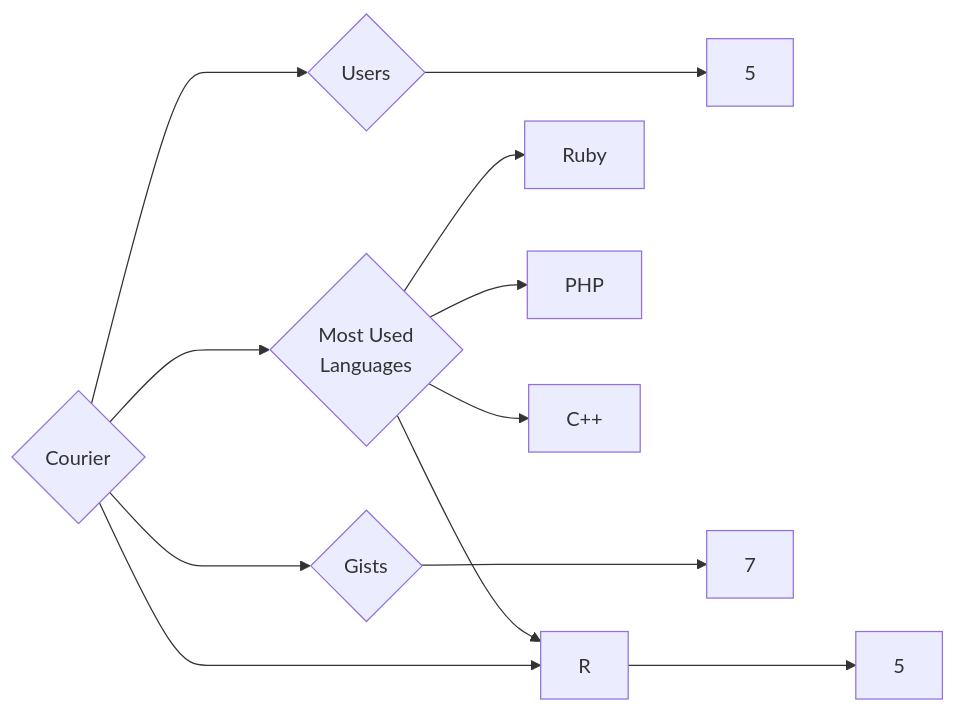
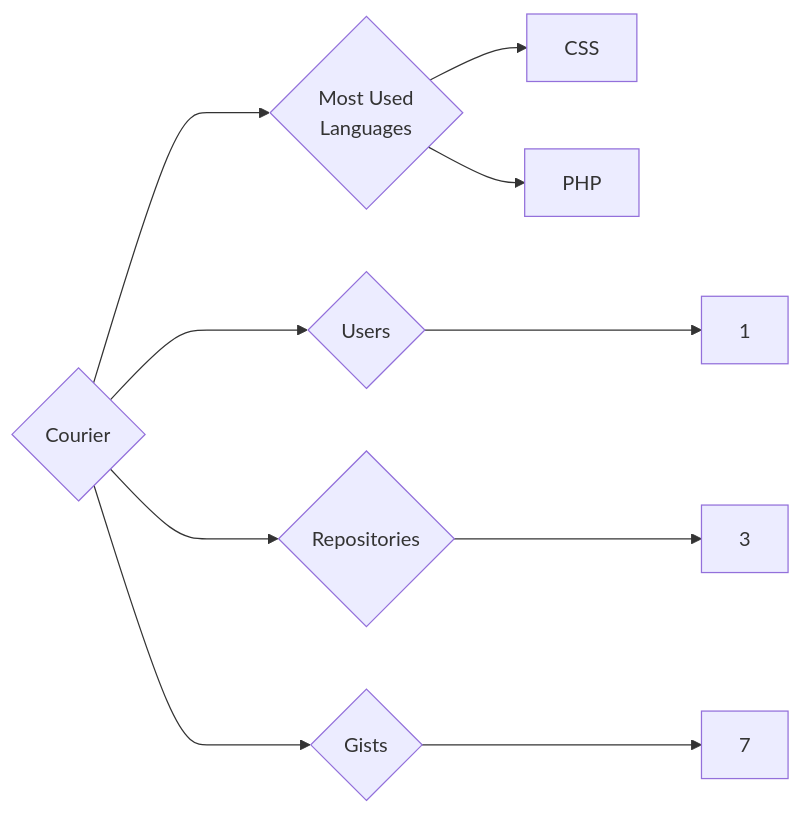
One commit to trickest/insiders changed the diagram in targets/Courier/README.md. Above: the diagram before and after it, drawn with Mermaid. The commit also changed 1036 other files, not shown here.

````diff
--- a/targets/Courier/README.md
+++ b/targets/Courier/README.md
@@ -3,12 +3,10 @@
 ```mermaid
 graph LR
 COMPANY_NAME{Courier}
-COMPANY_NAME ---> U{Users} ---> UN[5]
-COMPANY_NAME ---> R{Repositories} ---> RN[5]
+COMPANY_NAME ---> U{Users} ---> UN[1]
+COMPANY_NAME ---> R{Repositories} ---> RN[3]
 COMPANY_NAME ---> G{Gists} ---> GN[7]
 COMPANY_NAME ---> ML{Most Used<br>Languages}
-ML --> Ruby[Ruby]
-ML --> R[R]
+ML --> CSS[CSS]
 ML --> PHP[PHP]
-ML --> C++[C++]
 ```
````
